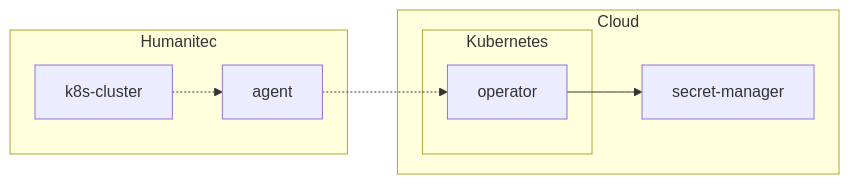
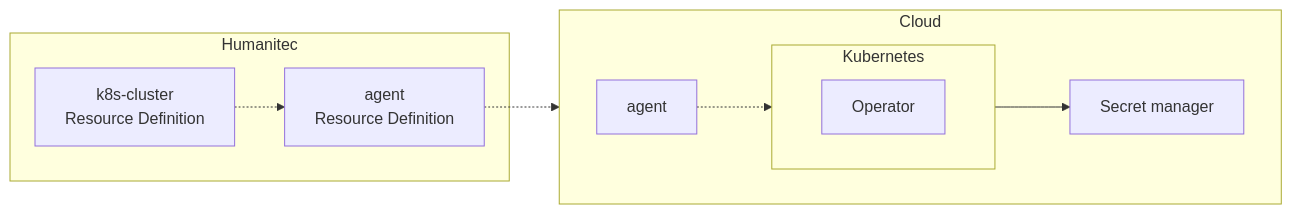
The diagram in platform.md (Humanitec-DemoOrg/humanitec-workshop), drawn with Mermaid before and after one commit.

Commit message:
Suggestions for platform.md

````diff
--- a/platform.md
+++ b/platform.md
@@ -14,13 +14,17 @@
 ```mermaid
 flowchart LR
   direction LR
   subgraph Humanitec
-    k8s-cluster-.->agent
+    k8s-cluster[k8s-cluster<br/>Resource Definition]-.->agent[agent<br/>Resource Definition]
   end
   subgraph Cloud
+    direction LR
+    agent-instance[agent]
     subgraph Kubernetes
-      agent-.->operator
+      direction LR
+      operator[Operator]
     end
-    operator-->secret-manager
+    agent-.->agent-instance-.->operator
+    operator-->secret-manager[Secret manager]
   end
 ```
````
